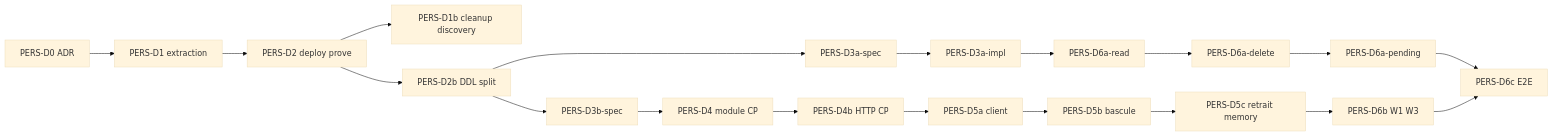
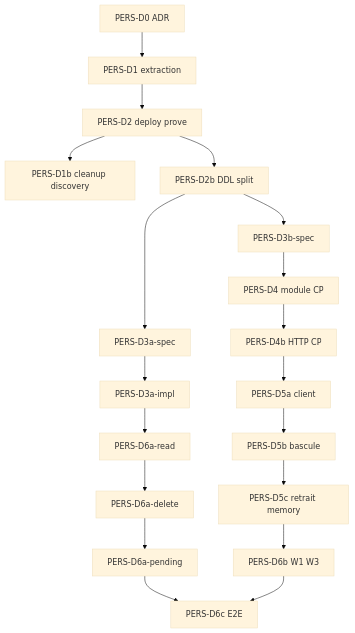
Before and after one commit to create2-labs/cafe-discovery: the third of 3 diagrams in docs/ADR/ADR_20260622_persistence.md, drawn with Mermaid (base theme). The commit also changed other lines of this file and 31 other files, not shown here.

````diff
--- a/docs/ADR/ADR_20260622_persistence.md
+++ b/docs/ADR/ADR_20260622_persistence.md
@@ -688,21 +688,21 @@
 ```mermaid
-flowchart LR
+flowchart TD
   D0[PERS-D0 ADR] --> D1[PERS-D1 extraction]
   D1 --> D2[PERS-D2 deploy prove]
   D2 --> D1b[PERS-D1b cleanup discovery]
   D2 --> D2b[PERS-D2b DDL split]
   D2b --> D3aS[PERS-D3a-spec]
   D2b --> D3bS[PERS-D3b-spec]
   D3aS --> D3aI[PERS-D3a-impl]
   D3bS --> D4[PERS-D4 module CP]
   D4 --> D4b[PERS-D4b HTTP CP]
   D4b --> D5a[PERS-D5a client]
   D5a --> D5b[PERS-D5b bascule]
   D5b --> D5c[PERS-D5c retrait memory]
   D3aI --> D6r[PERS-D6a-read]
   D6r --> D6d[PERS-D6a-delete]
   D6d --> D6p[PERS-D6a-pending]
   D5c --> D6b[PERS-D6b W1 W3]
   D6p --> D6c[PERS-D6c E2E]
   D6b --> D6c
 ```
````
